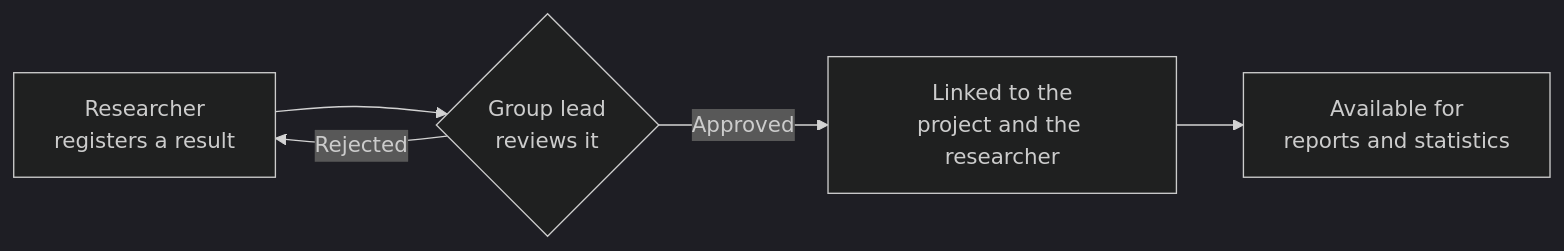
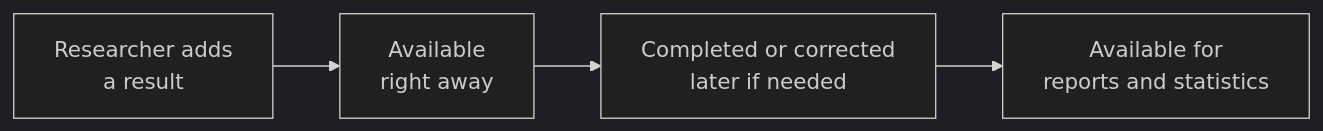
Before and after one commit to sciencemanager/docs: the diagram in i18n/en/docusaurus-plugin-content-docs/current/01-getting-started/01-introduction.md, drawn with Mermaid (dark theme). The commit also changed other lines of this file and 1 other file, not shown here.

````diff
--- a/i18n/en/docusaurus-plugin-content-docs/current/01-getting-started/01-introduction.md
+++ b/i18n/en/docusaurus-plugin-content-docs/current/01-getting-started/01-introduction.md
@@ -27,7 +27,6 @@
 ```mermaid
 flowchart LR
-    A[Researcher<br/>registers a result] --> B{Group lead<br/>reviews it}
-    B -- Approved --> C[Linked to the<br/>project and the researcher]
-    B -- Rejected --> A
+    A[Researcher adds<br/>a result] --> B[Available<br/>right away]
+    B --> C[Completed or corrected<br/>later if needed]
     C --> D[Available for<br/>reports and statistics]
 ```
````
